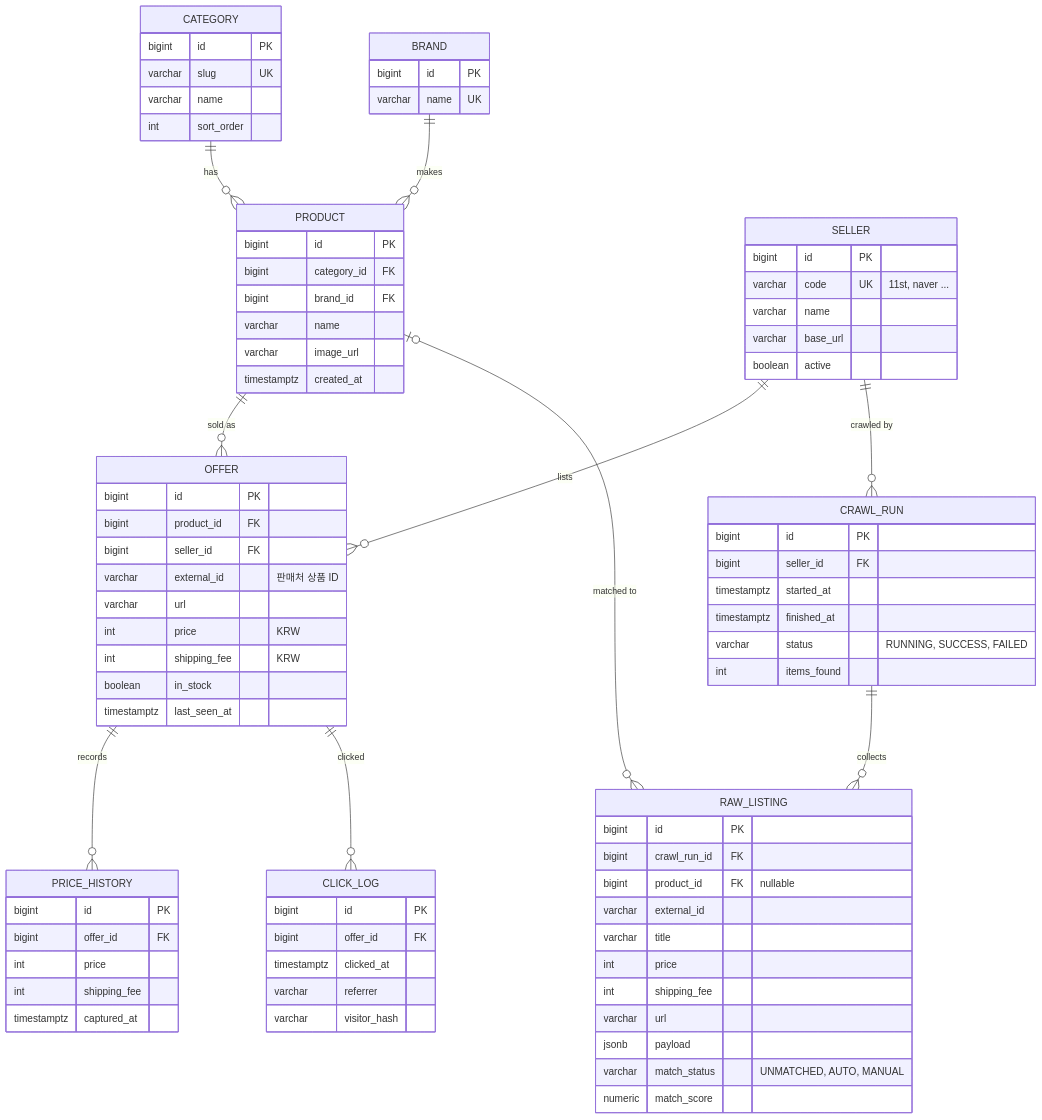
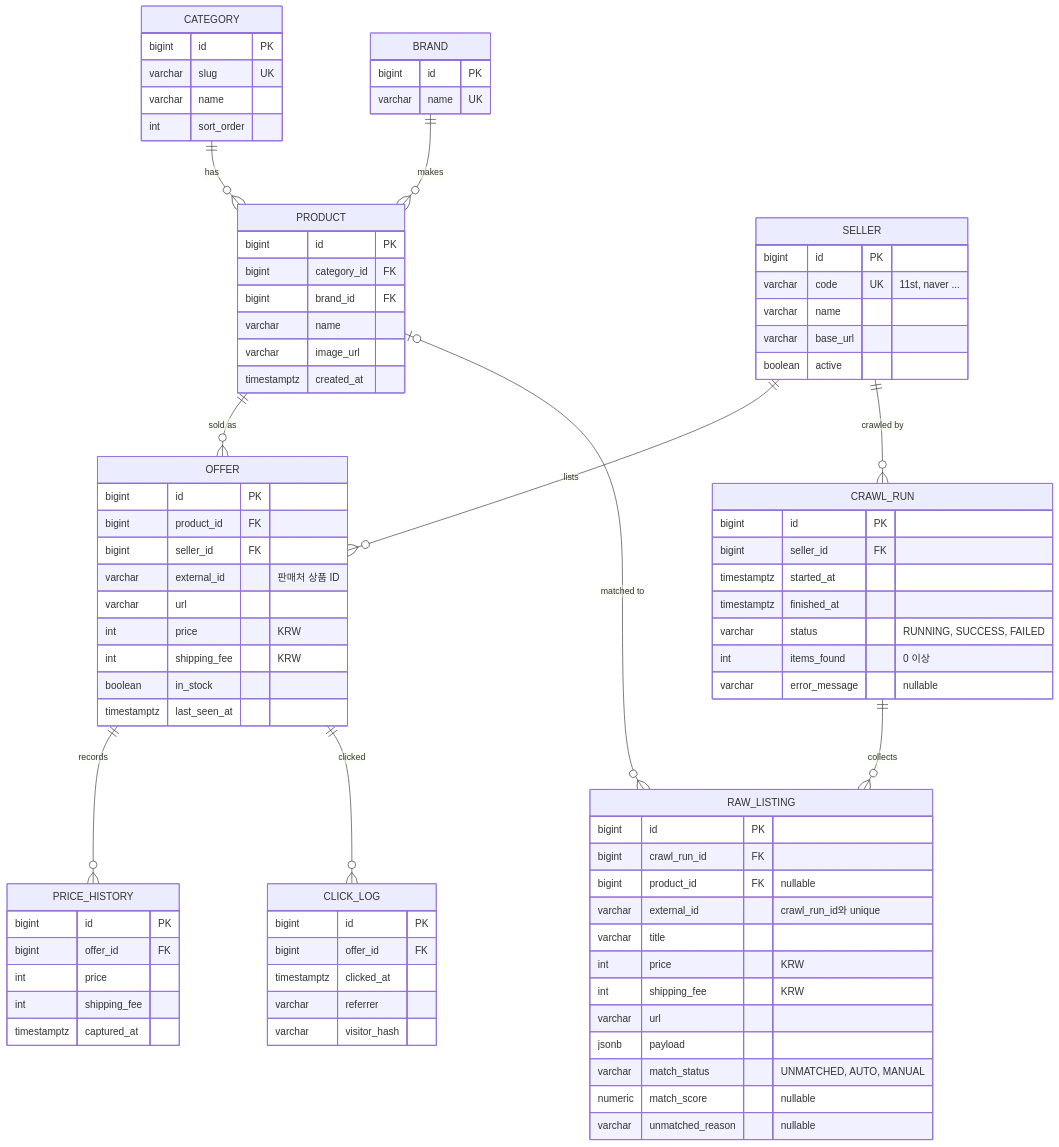
One commit to ainais/boxing-commerce changed the diagram in docs/erd.md. Above: the diagram before and after it, drawn with Mermaid. The commit also changed other lines of this file and 26 other files, not shown here.

```diff
--- a/docs/erd.md
+++ b/docs/erd.md
@@ -70,20 +71,22 @@
         timestamptz started_at
         timestamptz finished_at
         varchar status "RUNNING, SUCCESS, FAILED"
-        int items_found
+        int items_found "0 이상"
+        varchar error_message "nullable"
     }
     RAW_LISTING {
         bigint id PK
         bigint crawl_run_id FK
         bigint product_id FK "nullable"
-        varchar external_id
+        varchar external_id "crawl_run_id와 unique"
         varchar title
-        int price
-        int shipping_fee
+        int price "KRW"
+        int shipping_fee "KRW"
         varchar url
         jsonb payload
         varchar match_status "UNMATCHED, AUTO, MANUAL"
-        numeric match_score
+        numeric match_score "nullable"
+        varchar unmatched_reason "nullable"
     }
     CLICK_LOG {
         bigint id PK
```
